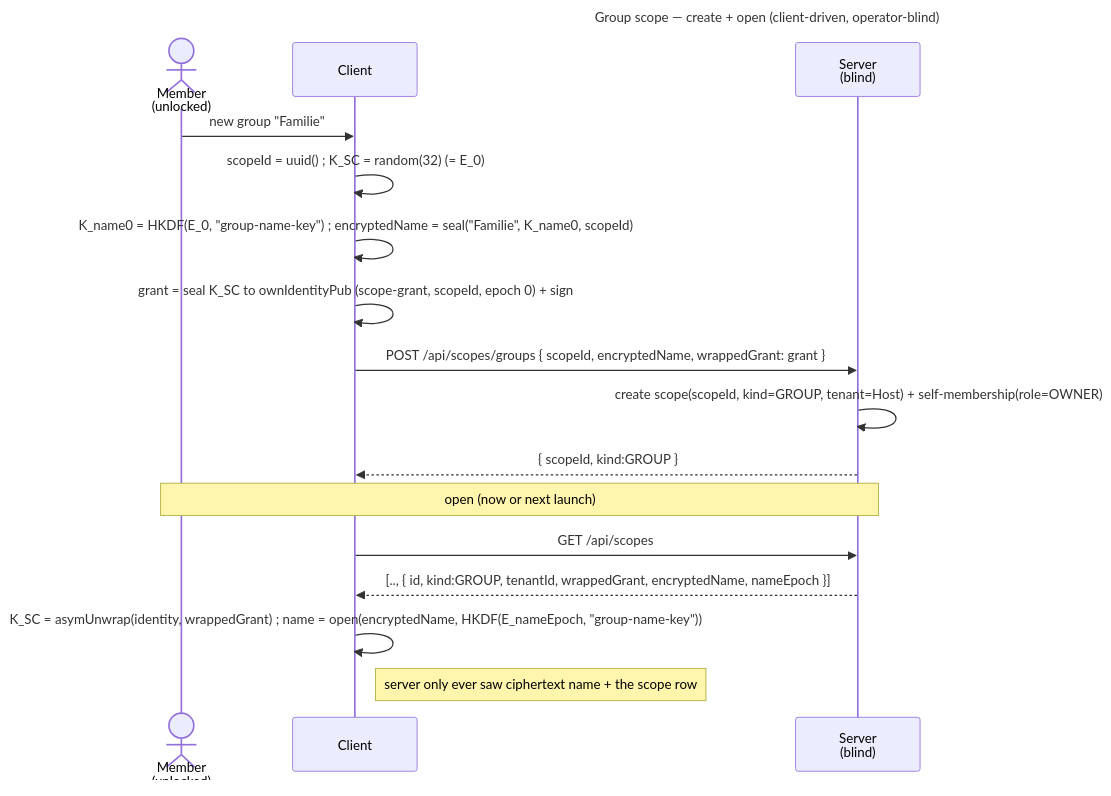
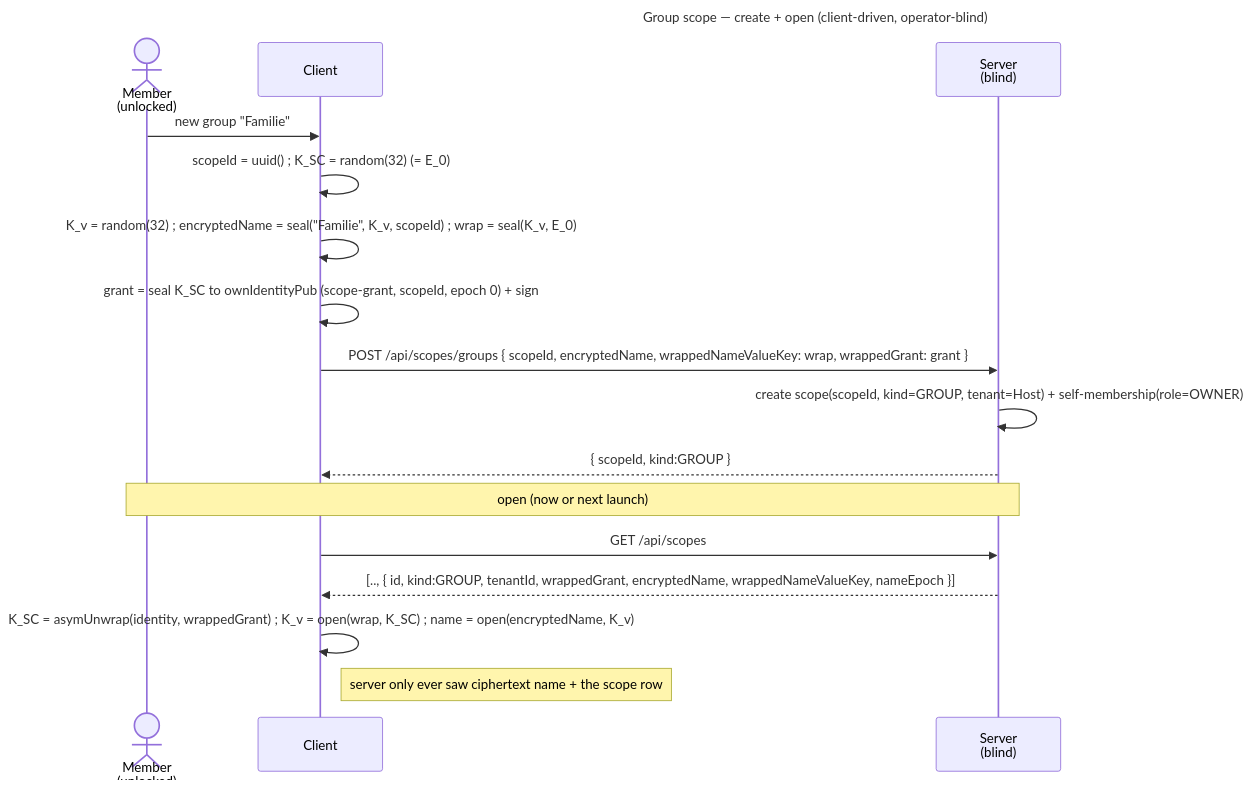
One commit to raddatzk/veyq changed the diagram in docs/features/spaces/enablers/en.spaces.group-scope.md. Above: the diagram before and after it, drawn with Mermaid. The commit also changed other lines of this file and 31 other files, not shown here.

````diff
--- a/docs/features/spaces/enablers/en.spaces.group-scope.md
+++ b/docs/features/spaces/enablers/en.spaces.group-scope.md
@@ -71,21 +73,21 @@
 ```mermaid
 ---
 title: Group scope — create + open (client-driven, operator-blind)
 ---
 sequenceDiagram
   actor U as Member<br>(unlocked)
   participant C as Client
   participant S as Server<br>(blind)
   U->>C: new group "Familie"
   C->>C: scopeId = uuid() #59; K_SC = random(32)  (= E_0)
-  C->>C: K_name0 = HKDF(E_0, "group-name-key") #59; encryptedName = seal("Familie", K_name0, scopeId)
+  C->>C: K_v = random(32) #59; encryptedName = seal("Familie", K_v, scopeId) #59; wrap = seal(K_v, E_0)
   C->>C: grant = seal K_SC to ownIdentityPub (scope-grant, scopeId, epoch 0) + sign
-  C->>S: POST /api/scopes/groups { scopeId, encryptedName, wrappedGrant: grant }
+  C->>S: POST /api/scopes/groups { scopeId, encryptedName, wrappedNameValueKey: wrap, wrappedGrant: grant }
   S->>S: create scope(scopeId, kind=GROUP, tenant=Host) + self-membership(role=OWNER)
   S-->>C: { scopeId, kind:GROUP }
   Note over U,S: open (now or next launch)
   C->>S: GET /api/scopes
-  S-->>C: [.., { id, kind:GROUP, tenantId, wrappedGrant, encryptedName, nameEpoch }]
-  C->>C: K_SC = asymUnwrap(identity, wrappedGrant) #59; name = open(encryptedName, HKDF(E_nameEpoch, "group-name-key"))
+  S-->>C: [.., { id, kind:GROUP, tenantId, wrappedGrant, encryptedName, wrappedNameValueKey, nameEpoch }]
+  C->>C: K_SC = asymUnwrap(identity, wrappedGrant) #59; K_v = open(wrap, K_SC) #59; name = open(encryptedName, K_v)
   Note right of C: server only ever saw ciphertext name + the scope row
 ```
````
